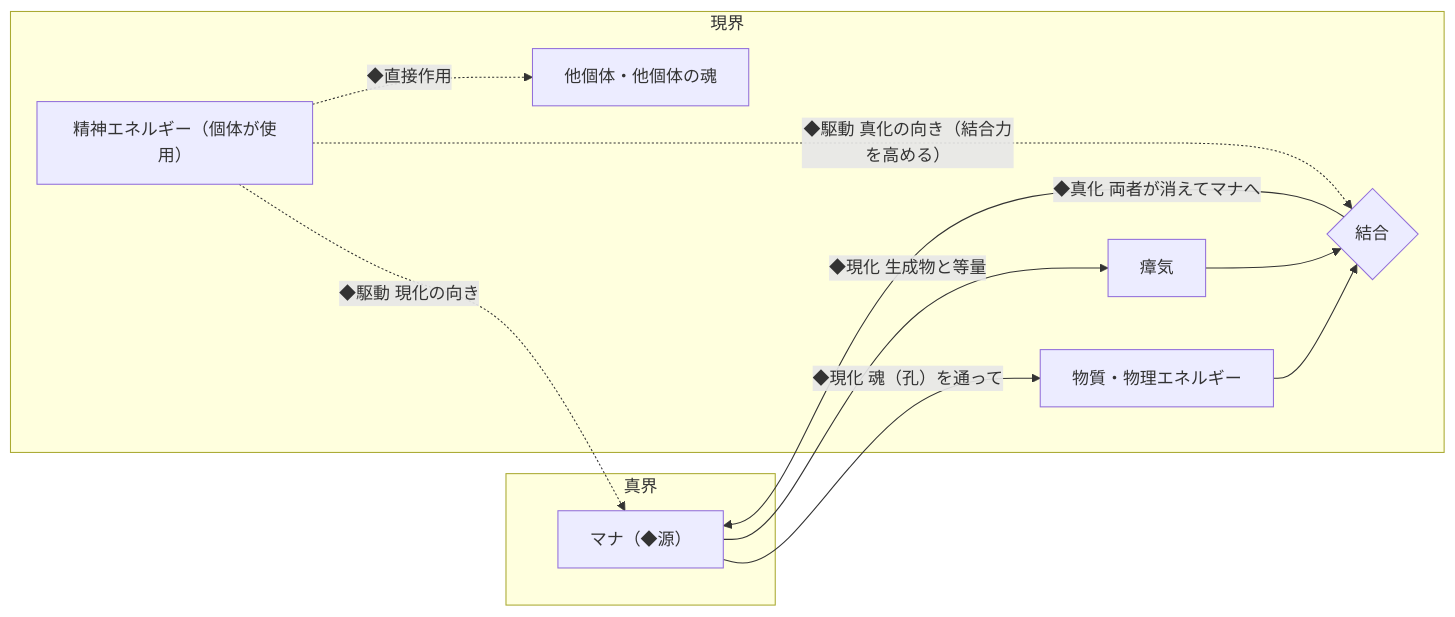
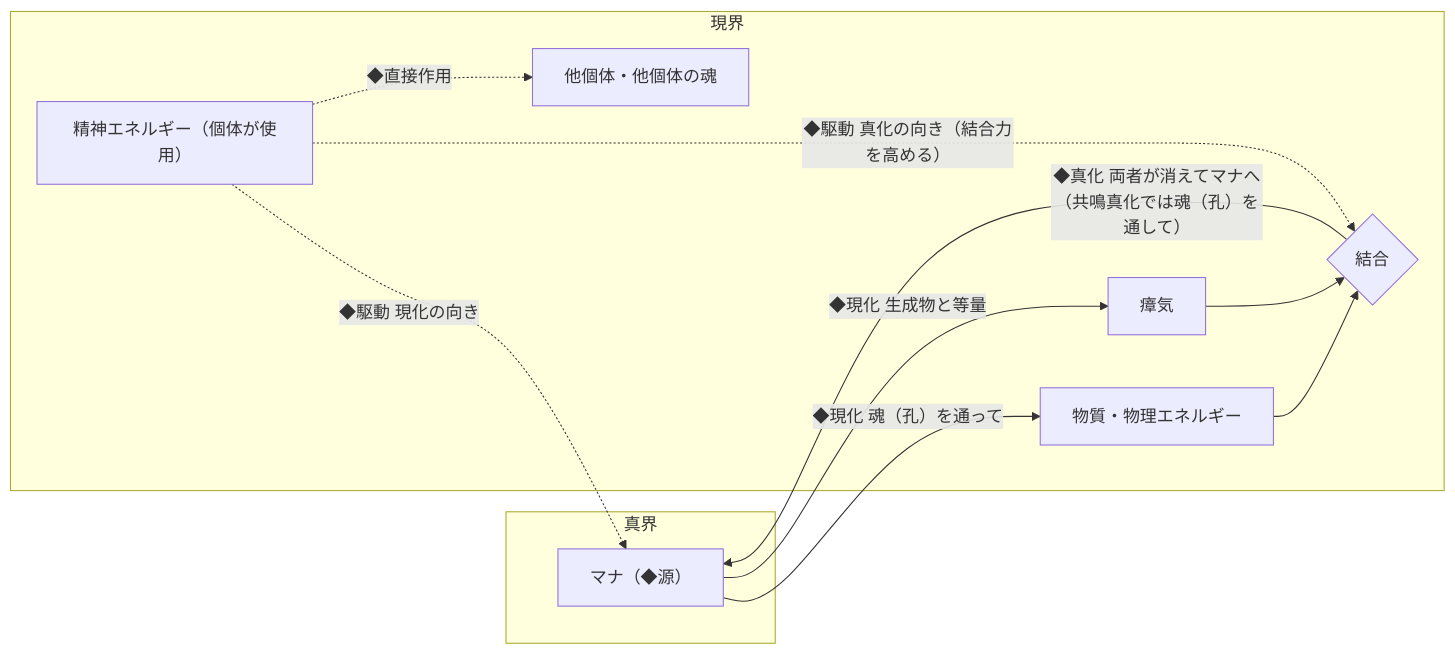
Before and after one commit to nnnstett/WorldMaterial_Mana: the diagram in world/README.md, drawn with Mermaid. The commit also changed other lines of this file and 14 other files, not shown here.

````diff
--- a/world/README.md
+++ b/world/README.md
@@ -23,21 +23,21 @@
 ```mermaid
 flowchart LR
   subgraph S["真界"]
     M["マナ（◆源）"]
   end
   subgraph G["現界"]
     P["物質・物理エネルギー"]
     Z["瘴気"]
     B{"結合"}
     E["精神エネルギー（個体が使用）"]
     O["他個体・他個体の魂"]
   end
   M -->|"◆現化 魂（孔）を通って"| P
   M -->|"◆現化 生成物と等量"| Z
   P --> B
   Z --> B
-  B -->|"◆真化 両者が消えてマナへ"| M
+  B -->|"◆真化 両者が消えてマナへ（共鳴真化では魂（孔）を通して）"| M
   E -.->|"◆駆動 現化の向き"| M
   E -.->|"◆駆動 真化の向き（結合力を高める）"| B
   E -.->|"◆直接作用"| O
 ```
````
